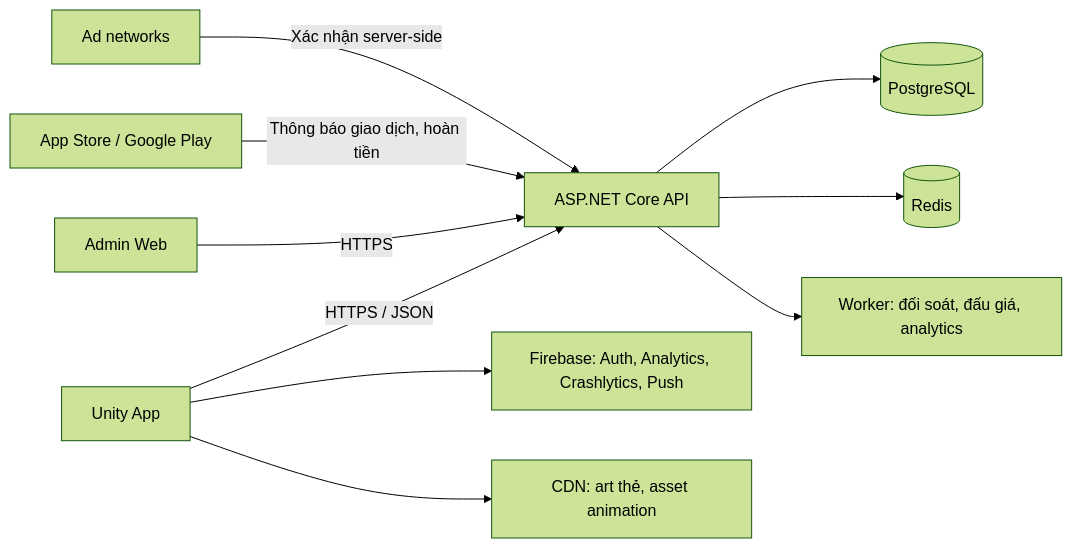
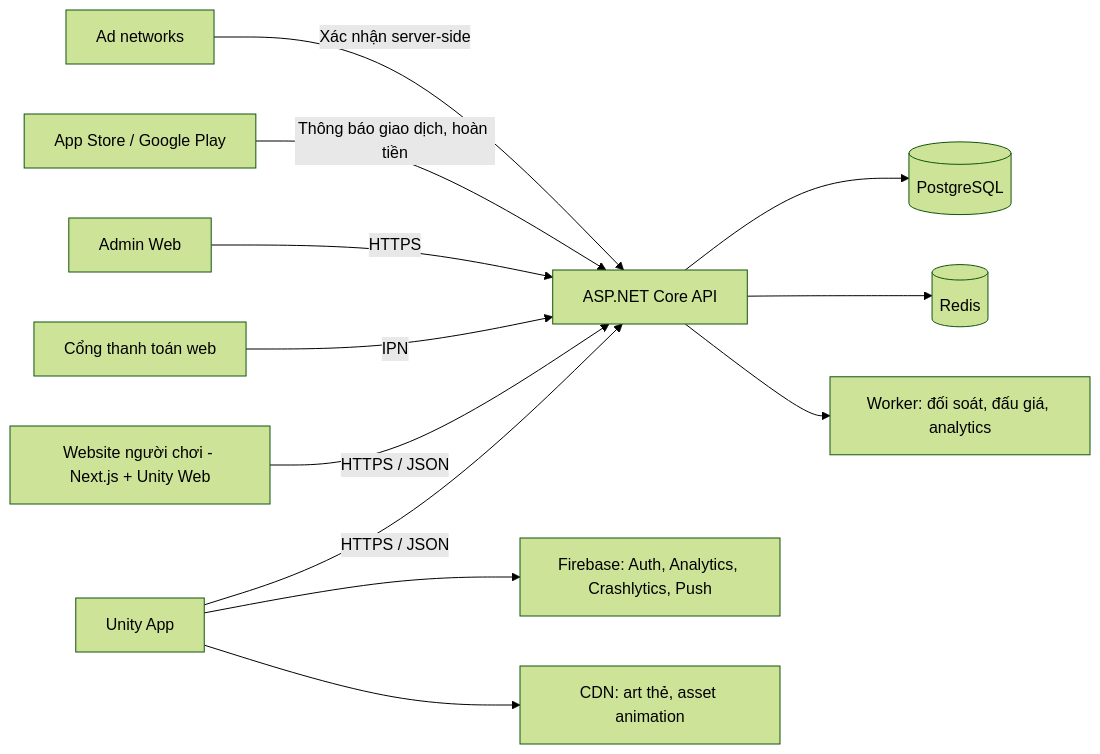
Before and after one commit to huynhdien1610/ClaudeCode: the diagram in docs/ANIMA_Master_Document.md, drawn with Mermaid (forest theme). The commit also changed other lines of this file and 13 other files, not shown here.

````diff
--- a/docs/ANIMA_Master_Document.md
+++ b/docs/ANIMA_Master_Document.md
@@ -945,12 +947,14 @@
 ```mermaid
 flowchart LR
     App[Unity App] -->|HTTPS / JSON| API[ASP.NET Core API]
+    Web[Website người chơi - Next.js + Unity Web] -->|HTTPS / JSON| API
+    Pay[Cổng thanh toán web] -->|IPN| API
     Admin[Admin Web] -->|HTTPS| API
     Store[App Store / Google Play] -->|Thông báo giao dịch, hoàn tiền| API
     Ads[Ad networks] -->|Xác nhận server-side| API
     API --> PG[(PostgreSQL)]
     API --> RD[(Redis)]
     API --> WK[Worker: đối soát, đấu giá, analytics]
     App --> FB[Firebase: Auth, Analytics, Crashlytics, Push]
     App --> CDN[CDN: art thẻ, asset animation]
 ```
````
